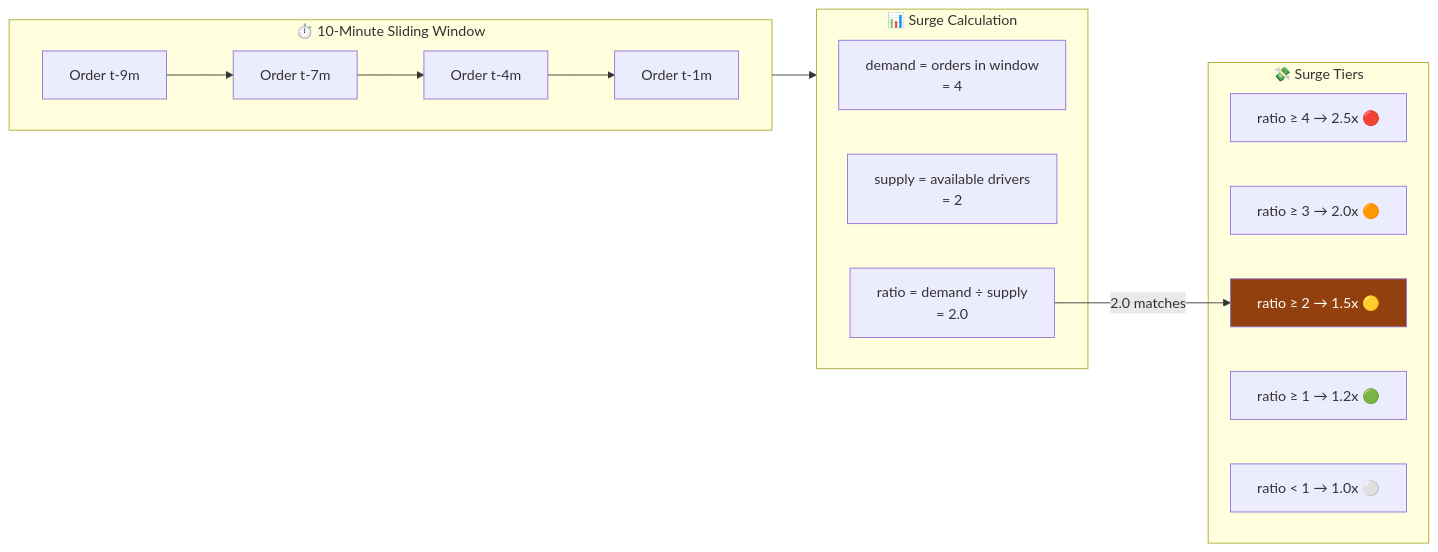
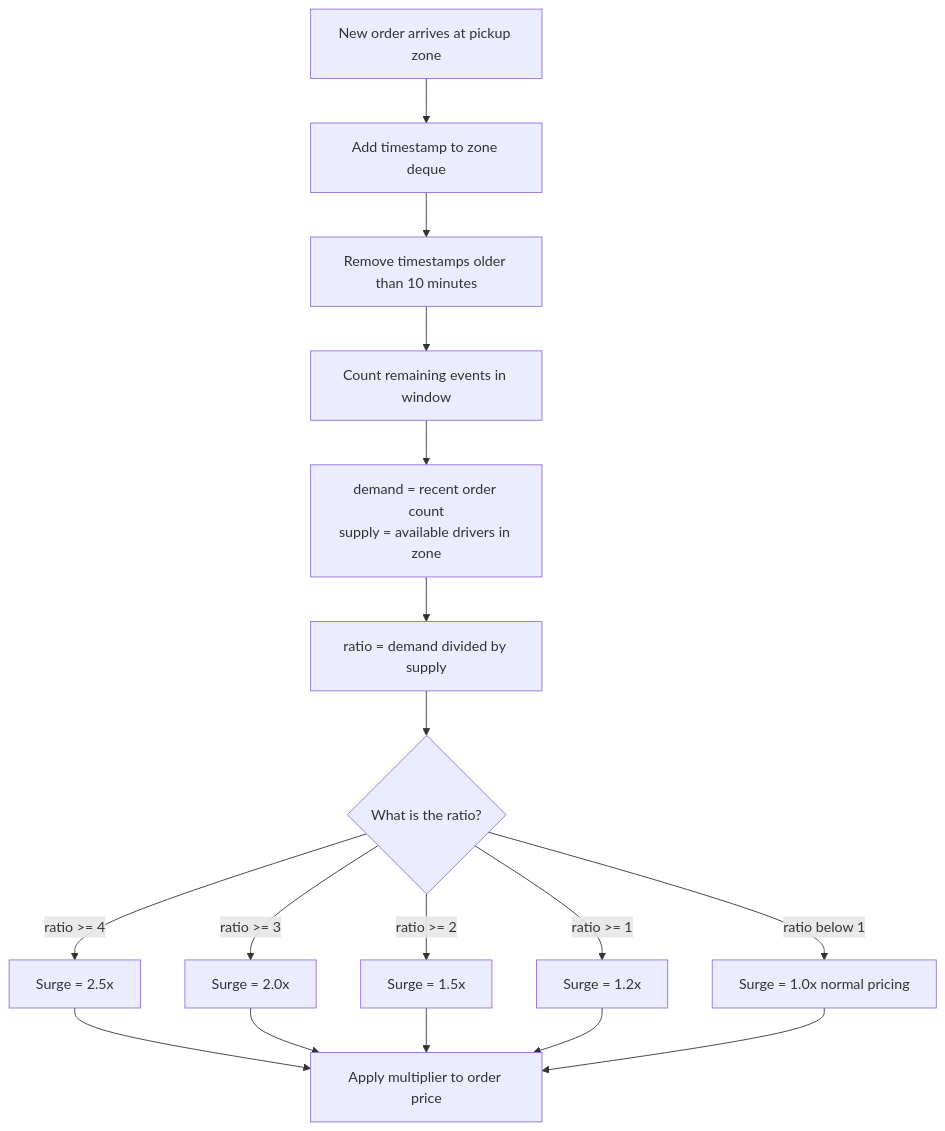
One commit to RAJ-ARYAN-NITK/martensite changed the fourth of 10 diagrams in README.md. Above: the diagram before and after it, drawn with Mermaid. The commit also changed other lines of this file, not shown here.

````diff
--- a/README.md
+++ b/README.md
@@ -220,26 +214,22 @@
 ```mermaid
-flowchart LR
-    subgraph Window["⏱️ 10-Minute Sliding Window"]
-        direction LR
-        E1[Order t-9m] --> E2[Order t-7m] --> E3[Order t-4m] --> E4[Order t-1m]
-    end
+flowchart TD
+    A["New order arrives at pickup zone"] --> B["Add timestamp to zone deque"]
+    B --> C["Remove timestamps older than 10 minutes"]
+    C --> D["Count remaining events in window"]
 
-    subgraph Calc["📊 Surge Calculation"]
-        DEMAND[demand = orders in window\n= 4]
-        SUPPLY[supply = available drivers\n= 2]
-        RATIO[ratio = demand ÷ supply\n= 2.0]
-    end
+    D --> E["demand = recent order count\nsupply = available drivers in zone"]
+    E --> F["ratio = demand divided by supply"]
 
-    subgraph Tiers["💸 Surge Tiers"]
-        T1["ratio ≥ 4 → 2.5x 🔴"]
-        T2["ratio ≥ 3 → 2.0x 🟠"]
-        T3["ratio ≥ 2 → 1.5x 🟡"]
-        T4["ratio ≥ 1 → 1.2x 🟢"]
-        T5["ratio < 1 → 1.0x ⚪"]
-    end
+    F --> G{"What is the ratio?"}
+    G -->|"ratio >= 4"| H["Surge = 2.5x"]
+    G -->|"ratio >= 3"| I["Surge = 2.0x"]
+    G -->|"ratio >= 2"| J["Surge = 1.5x"]
+    G -->|"ratio >= 1"| K["Surge = 1.2x"]
+    G -->|"ratio below 1"| L["Surge = 1.0x normal pricing"]
 
-    Window --> Calc
-    RATIO -->|2.0 matches| T3
-
-    style T3 fill:#92400e,color:#fff
+    H --> M["Apply multiplier to order price"]
+    I --> M
+    J --> M
+    K --> M
+    L --> M
 ```
````
